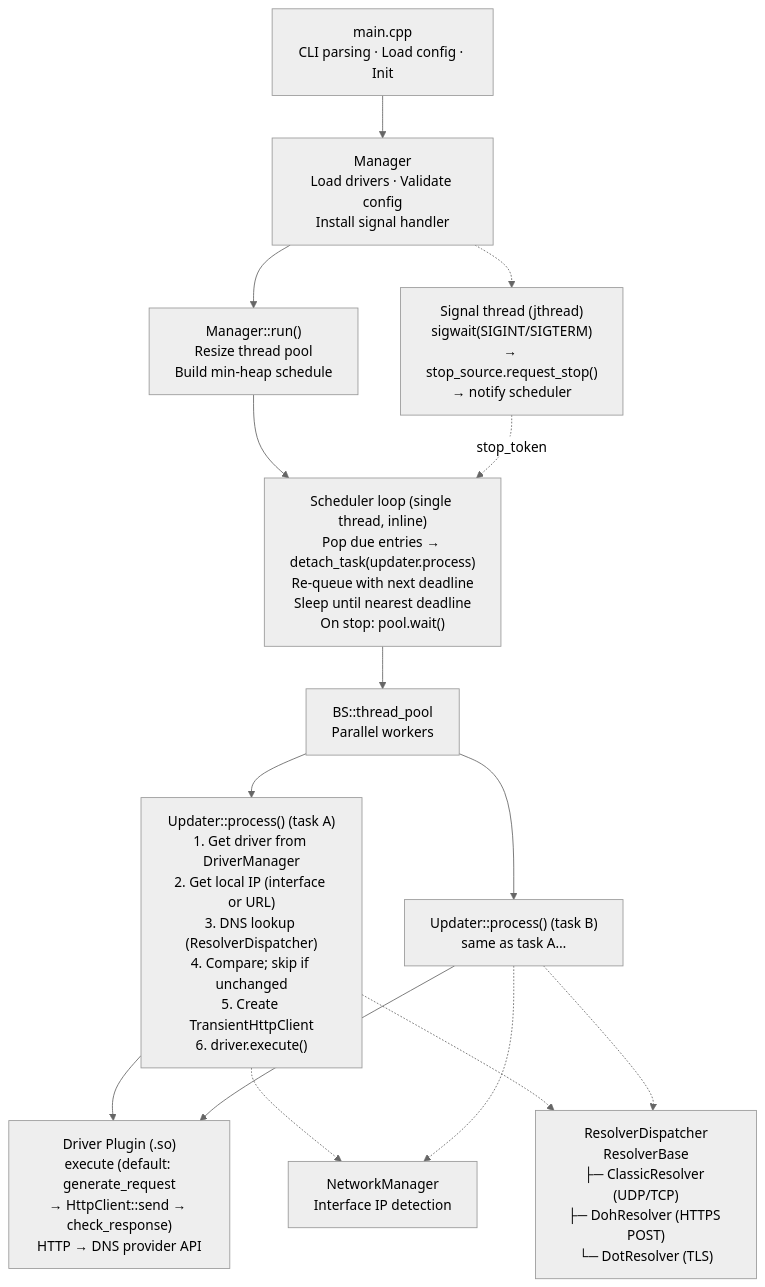
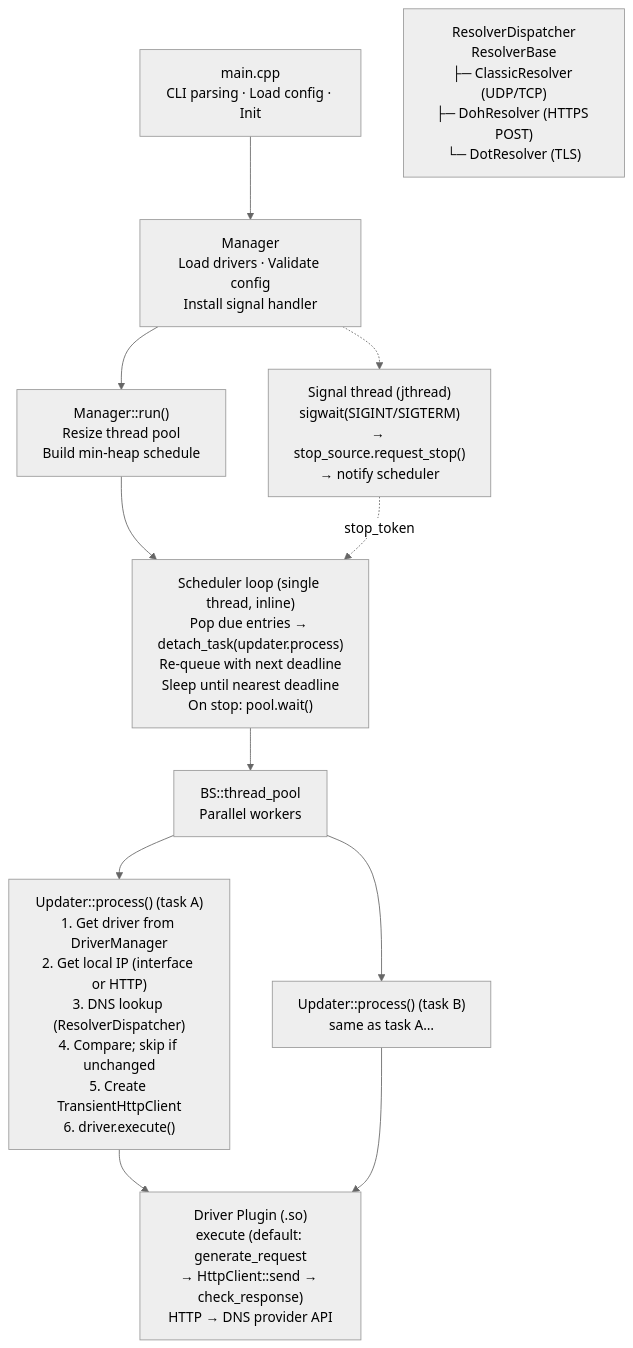
Before and after one commit to CyberKoo/yaddnsc: the diagram in README.md, drawn with Mermaid (neutral theme). The commit also changed other lines of this file and 22 other files, not shown here.

First line of the commit message:
Refactor: decouple IP source resolution from the Updater and remove NetworkManager

````diff
--- a/README.md
+++ b/README.md
@@ -27,57 +27,51 @@
 ```mermaid
 flowchart TB
     main["main.cpp
 CLI parsing · Load config · Init"]
     mgr["Manager
 Load drivers · Validate config
 Install signal handler"]
     run["Manager::run()
 Resize thread pool
 Build min-heap schedule"]
     sched["Scheduler loop (single thread, inline)
 Pop due entries → detach_task(updater.process)
 Re-queue with next deadline
 Sleep until nearest deadline
 On stop: pool.wait()"]
     signal["Signal thread (jthread)
 sigwait(SIGINT/SIGTERM)
 → stop_source.request_stop()
 → notify scheduler"]
     pool["BS::thread_pool
 Parallel workers"]
     updaterA["Updater::process() (task A)
 1. Get driver from DriverManager
-2. Get local IP (interface or URL)
+2. Get local IP (interface or HTTP)
 3. DNS lookup (ResolverDispatcher)
 4. Compare; skip if unchanged
 5. Create TransientHttpClient
 6. driver.execute()"]
     updaterB["Updater::process() (task B)
 same as task A…"]
     driver["Driver Plugin (.so)
 execute (default: generate_request
 → HttpClient::send → check_response)
 HTTP → DNS provider API"]
-    net["NetworkManager
-Interface IP detection"]
     dns["ResolverDispatcher
 ResolverBase
 ├─ ClassicResolver (UDP/TCP)
 ├─ DohResolver (HTTPS POST)
 └─ DotResolver (TLS)"]
 
     main --> mgr
     mgr --> run
     run --> sched
     mgr -.-> signal
     signal -.->|stop_token| sched
     sched --> pool
     pool --> updaterA
     pool --> updaterB
     updaterA --> driver
     updaterB --> driver
-    updaterA -.-> net
-    updaterB -.-> net
-    updaterA -.-> dns
-    updaterB -.-> dns
 ```
````
